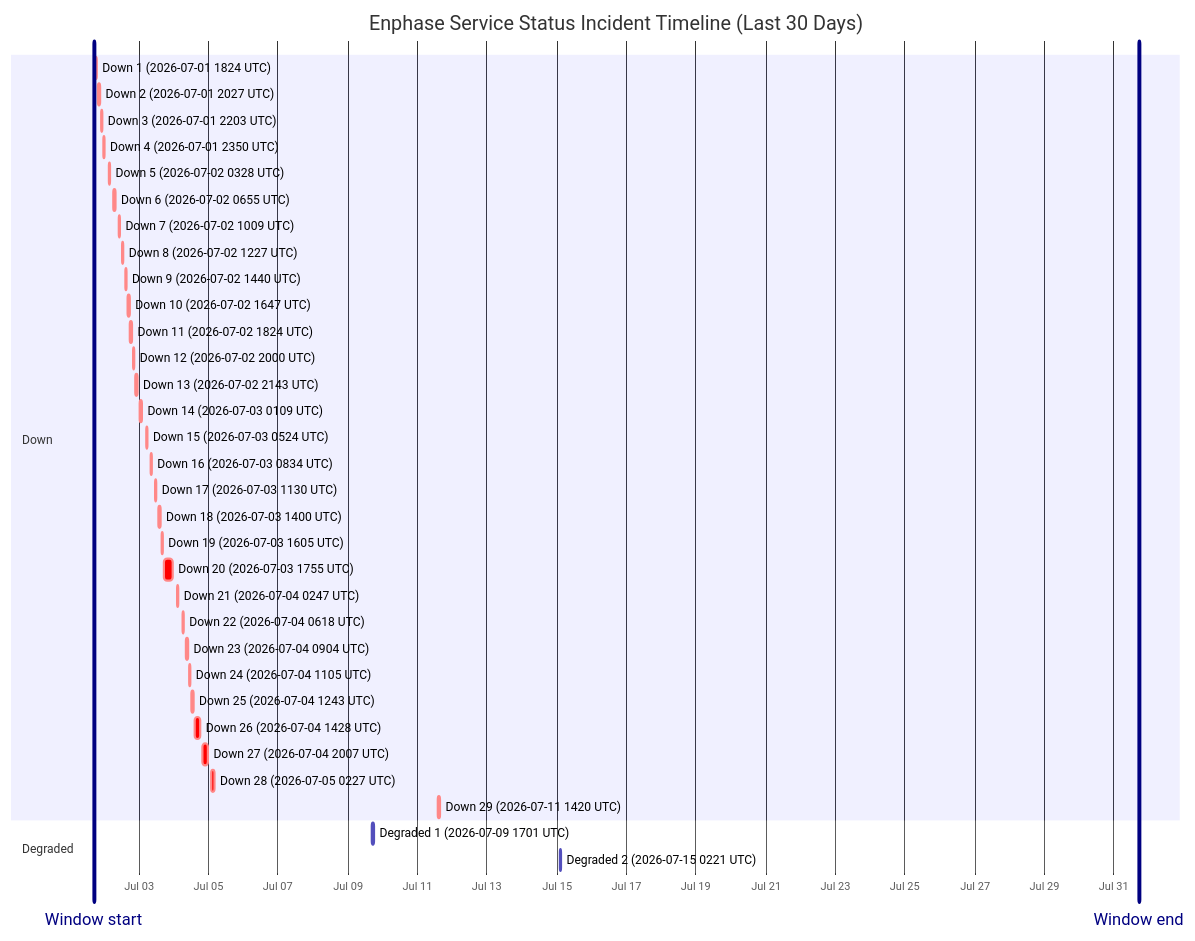
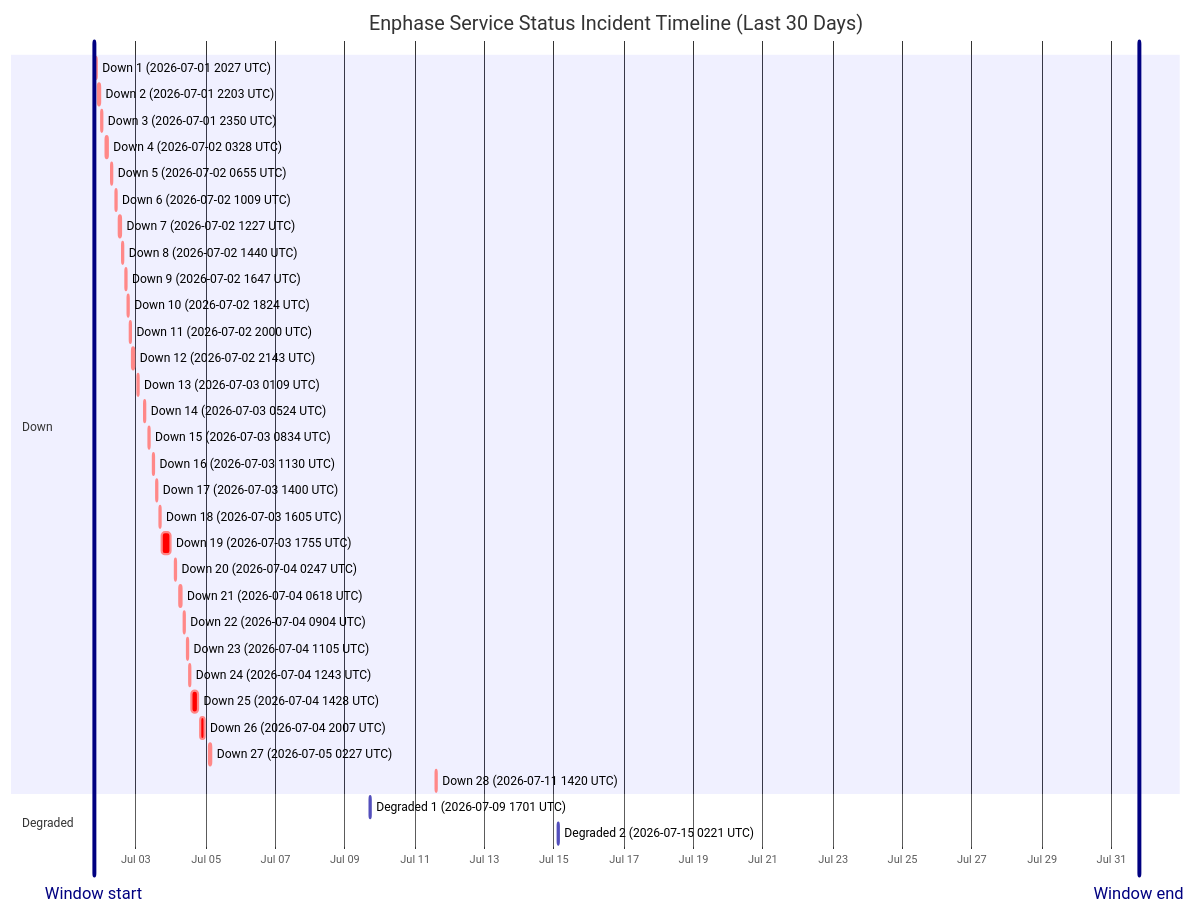
Before and after one commit to barneyonline/ha-enphase-energy: the diagram in wiki/Service-Status-History.md, drawn with Mermaid. The commit also changed other lines of this file and 3 other files, not shown here.

````diff
--- a/wiki/Service-Status-History.md
+++ b/wiki/Service-Status-History.md
@@ -14,41 +14,40 @@
 ```mermaid
 gantt
     title Enphase Service Status Incident Timeline (Last 30 Days)
     dateFormat  YYYY-MM-DDTHH:mm:ss
     axisFormat  %b %d
-    Window start :vert, window-start, 2026-07-01T17:03:53, 0ms
-    Window end :vert, window-end, 2026-07-31T17:03:53, 0ms
+    Window start :vert, window-start, 2026-07-01T18:52:29, 0ms
+    Window end :vert, window-end, 2026-07-31T18:52:29, 0ms
     section Down
-    Down 1 (2026-07-01 1824 UTC) :crit, down-1, 2026-07-01T18:24:21, 60m
-    Down 2 (2026-07-01 2027 UTC) :crit, down-2, 2026-07-01T20:27:17, 60m
-    Down 3 (2026-07-01 2203 UTC) :crit, down-3, 2026-07-01T22:03:46, 60m
-    Down 4 (2026-07-01 2350 UTC) :crit, down-4, 2026-07-01T23:50:52, 60m
-    Down 5 (2026-07-02 0328 UTC) :crit, down-5, 2026-07-02T03:28:33, 60m
-    Down 6 (2026-07-02 0655 UTC) :crit, down-6, 2026-07-02T06:55:07, 60m
-    Down 7 (2026-07-02 1009 UTC) :crit, down-7, 2026-07-02T10:09:15, 60m
-    Down 8 (2026-07-02 1227 UTC) :crit, down-8, 2026-07-02T12:27:49, 60m
-    Down 9 (2026-07-02 1440 UTC) :crit, down-9, 2026-07-02T14:40:53, 60m
-    Down 10 (2026-07-02 1647 UTC) :crit, down-10, 2026-07-02T16:47:47, 60m
-    Down 11 (2026-07-02 1824 UTC) :crit, down-11, 2026-07-02T18:24:26, 60m
-    Down 12 (2026-07-02 2000 UTC) :crit, down-12, 2026-07-02T20:00:57, 60m
-    Down 13 (2026-07-02 2143 UTC) :crit, down-13, 2026-07-02T21:43:52, 80m
-    Down 14 (2026-07-03 0109 UTC) :crit, down-14, 2026-07-03T01:09:19, 60m
-    Down 15 (2026-07-03 0524 UTC) :crit, down-15, 2026-07-03T05:24:23, 60m
-    Down 16 (2026-07-03 0834 UTC) :crit, down-16, 2026-07-03T08:34:05, 60m
-    Down 17 (2026-07-03 1130 UTC) :crit, down-17, 2026-07-03T11:30:41, 60m
-    Down 18 (2026-07-03 1400 UTC) :crit, down-18, 2026-07-03T14:00:48, 60m
-    Down 19 (2026-07-03 1605 UTC) :crit, down-19, 2026-07-03T16:05:49, 60m
-    Down 20 (2026-07-03 1755 UTC) :crit, down-20, 2026-07-03T17:55:54, 338m
-    Down 21 (2026-07-04 0247 UTC) :crit, down-21, 2026-07-04T02:47:22, 60m
-    Down 22 (2026-07-04 0618 UTC) :crit, down-22, 2026-07-04T06:18:09, 60m
-    Down 23 (2026-07-04 0904 UTC) :crit, down-23, 2026-07-04T09:04:41, 60m
-    Down 24 (2026-07-04 1105 UTC) :crit, down-24, 2026-07-04T11:05:21, 60m
-    Down 25 (2026-07-04 1243 UTC) :crit, down-25, 2026-07-04T12:43:25, 60m
-    Down 26 (2026-07-04 1428 UTC) :crit, down-26, 2026-07-04T14:28:07, 243m
-    Down 27 (2026-07-04 2007 UTC) :crit, down-27, 2026-07-04T20:07:50, 206m
-    Down 28 (2026-07-05 0227 UTC) :crit, down-28, 2026-07-05T02:27:32, 109m
-    Down 29 (2026-07-11 1420 UTC) :crit, down-29, 2026-07-11T14:20:54, 69m
+    Down 1 (2026-07-01 2027 UTC) :crit, down-1, 2026-07-01T20:27:17, 60m
+    Down 2 (2026-07-01 2203 UTC) :crit, down-2, 2026-07-01T22:03:46, 60m
+    Down 3 (2026-07-01 2350 UTC) :crit, down-3, 2026-07-01T23:50:52, 60m
+    Down 4 (2026-07-02 0328 UTC) :crit, down-4, 2026-07-02T03:28:33, 60m
+    Down 5 (2026-07-02 0655 UTC) :crit, down-5, 2026-07-02T06:55:07, 60m
+    Down 6 (2026-07-02 1009 UTC) :crit, down-6, 2026-07-02T10:09:15, 60m
+    Down 7 (2026-07-02 1227 UTC) :crit, down-7, 2026-07-02T12:27:49, 60m
+    Down 8 (2026-07-02 1440 UTC) :crit, down-8, 2026-07-02T14:40:53, 60m
+    Down 9 (2026-07-02 1647 UTC) :crit, down-9, 2026-07-02T16:47:47, 60m
+    Down 10 (2026-07-02 1824 UTC) :crit, down-10, 2026-07-02T18:24:26, 60m
+    Down 11 (2026-07-02 2000 UTC) :crit, down-11, 2026-07-02T20:00:57, 60m
+    Down 12 (2026-07-02 2143 UTC) :crit, down-12, 2026-07-02T21:43:52, 80m
+    Down 13 (2026-07-03 0109 UTC) :crit, down-13, 2026-07-03T01:09:19, 60m
+    Down 14 (2026-07-03 0524 UTC) :crit, down-14, 2026-07-03T05:24:23, 60m
+    Down 15 (2026-07-03 0834 UTC) :crit, down-15, 2026-07-03T08:34:05, 60m
+    Down 16 (2026-07-03 1130 UTC) :crit, down-16, 2026-07-03T11:30:41, 60m
+    Down 17 (2026-07-03 1400 UTC) :crit, down-17, 2026-07-03T14:00:48, 60m
+    Down 18 (2026-07-03 1605 UTC) :crit, down-18, 2026-07-03T16:05:49, 60m
+    Down 19 (2026-07-03 1755 UTC) :crit, down-19, 2026-07-03T17:55:54, 338m
+    Down 20 (2026-07-04 0247 UTC) :crit, down-20, 2026-07-04T02:47:22, 60m
+    Down 21 (2026-07-04 0618 UTC) :crit, down-21, 2026-07-04T06:18:09, 60m
+    Down 22 (2026-07-04 0904 UTC) :crit, down-22, 2026-07-04T09:04:41, 60m
+    Down 23 (2026-07-04 1105 UTC) :crit, down-23, 2026-07-04T11:05:21, 60m
+    Down 24 (2026-07-04 1243 UTC) :crit, down-24, 2026-07-04T12:43:25, 60m
+    Down 25 (2026-07-04 1428 UTC) :crit, down-25, 2026-07-04T14:28:07, 243m
+    Down 26 (2026-07-04 2007 UTC) :crit, down-26, 2026-07-04T20:07:50, 206m
+    Down 27 (2026-07-05 0227 UTC) :crit, down-27, 2026-07-05T02:27:32, 109m
+    Down 28 (2026-07-11 1420 UTC) :crit, down-28, 2026-07-11T14:20:54, 69m
     section Degraded
     Degraded 1 (2026-07-09 1701 UTC) :active, degraded-1, 2026-07-09T17:01:02, 60m
     Degraded 2 (2026-07-15 0221 UTC) :active, degraded-2, 2026-07-15T02:21:35, 60m
 ```
````
